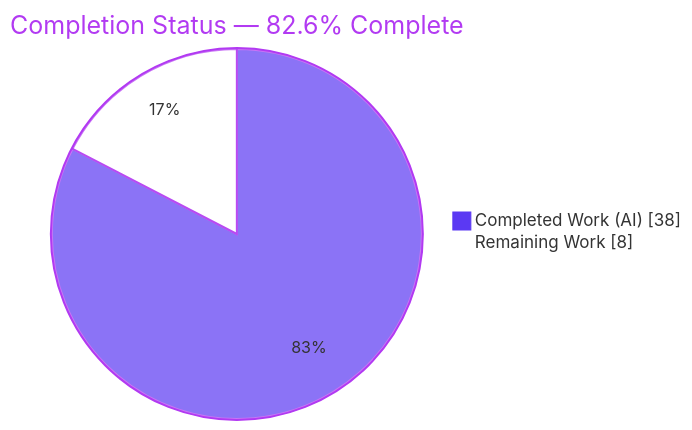
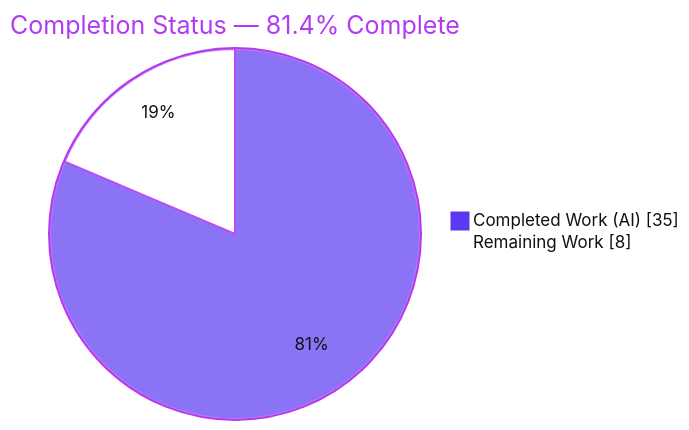
Before and after one commit to Sandeep02Kumar02/12-dec-existing-projects-qa-test-5: the first of 3 diagrams in blitzy/documentation/Project Guide.md, drawn with Mermaid. The commit also changed other lines of this file, not shown here.

Commit message:
Adding Blitzy Project Guide: Project Status and Human Tasks Remaining

````diff
--- a/blitzy/documentation/Project Guide.md
+++ b/blitzy/documentation/Project Guide.md
@@ -19,6 +19,6 @@
 ```mermaid
-%%{init: {'theme':'base', 'themeVariables': {'pie1':'#5B39F3','pie2':'#FFFFFF','pieStrokeColor':'#B23AF2','pieStrokeWidth':'2px','pieOuterStrokeColor':'#B23AF2','pieOuterStrokeWidth':'2px','pieTitleTextColor':'#B23AF2','pieSectionTextSize':'16px'}}}%%
-pie showData title Completion Status — 82.6% Complete
-    "Completed Work (AI)" : 38
+%%{init: {'theme':'base', 'themeVariables': {'pie1':'#5B39F3','pie2':'#FFFFFF','pieStrokeColor':'#B23AF2','pieOuterStrokeColor':'#B23AF2','pieTitleTextColor':'#B23AF2','pieSectionTextColor':'#111111','pieLegendTextColor':'#111111'}}}%%
+pie showData title Completion Status — 81.4% Complete
+    "Completed Work (AI)" : 35
     "Remaining Work" : 8
 ```
````
